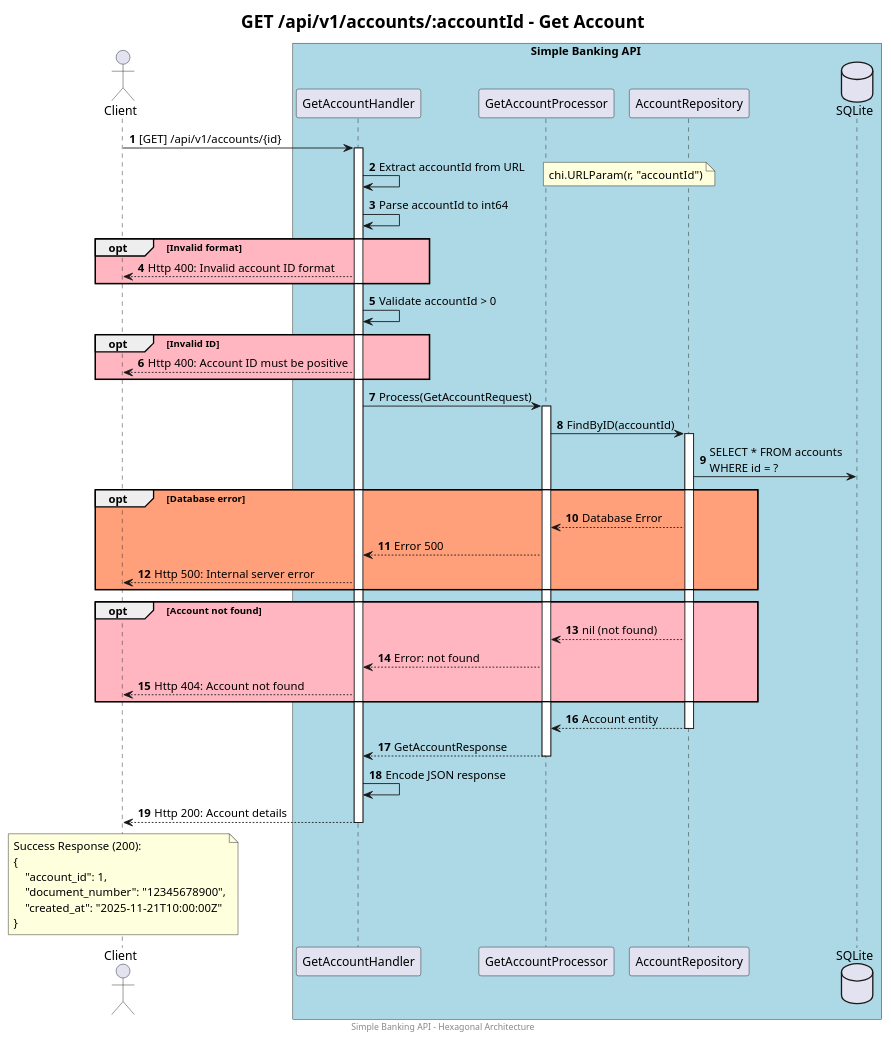
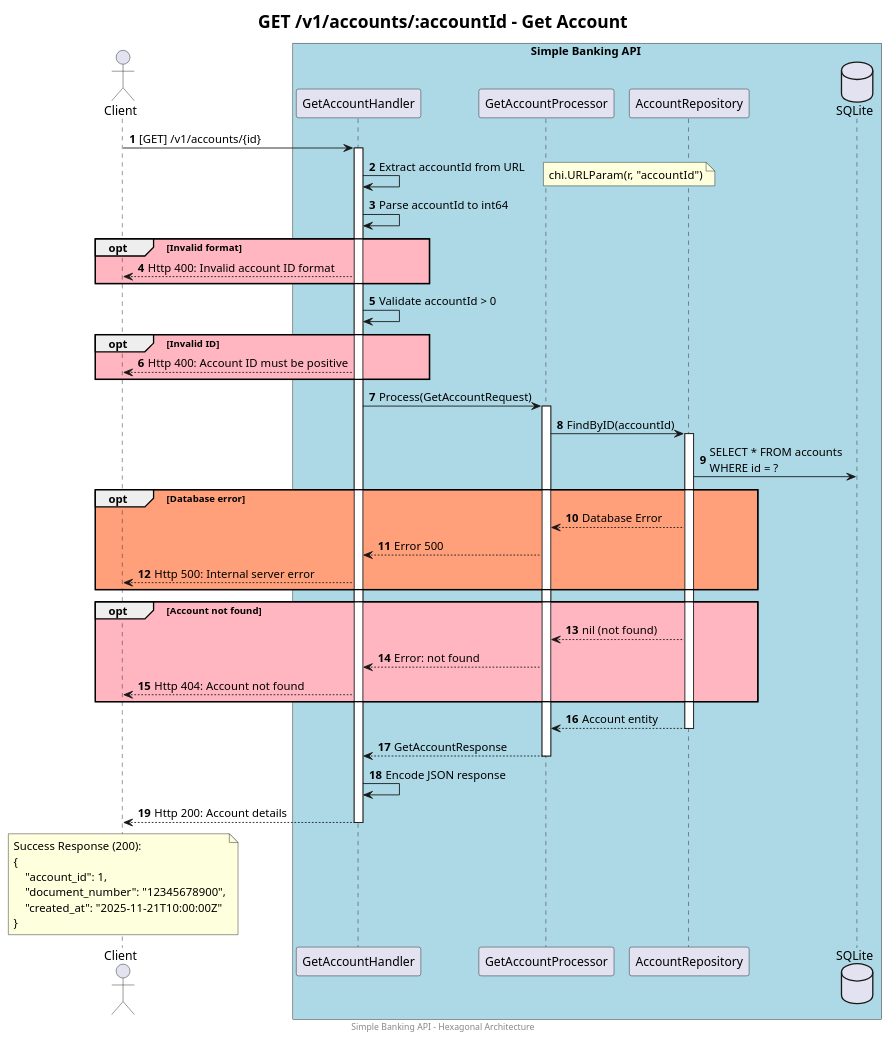
Before and after one commit to larissamartinsss/simple-banking-api: the diagram in docs/sequence-diagrams/endpoint-get-account.puml, drawn with PlantUML. The commit also changed 12 other files, not shown here.

```diff
--- a/docs/sequence-diagrams/endpoint-get-account.puml
+++ b/docs/sequence-diagrams/endpoint-get-account.puml
@@ -1,73 +1,73 @@
 @startuml get-account-sequence
 footer Simple Banking API - Hexagonal Architecture
-title <size:20>GET /api/v1/accounts/:accountId - Get Account</size>
+title <size:20>GET /v1/accounts/:accountId - Get Account</size>
 
 autonumber
 
 actor Client
 
 box Simple Banking API #lightblue
     participant "GetAccountHandler" as Handler
     participant "GetAccountProcessor" as Processor
     participant "AccountRepository" as Repo
     database SQLite
 end box
 
-Client -> Handler: [GET] /api/v1/accounts/{id}
+Client -> Handler: [GET] /v1/accounts/{id}
 
 activate Handler
 
     Handler -> Handler: Extract accountId from URL
     note right: chi.URLParam(r, "accountId")
     
     Handler -> Handler: Parse accountId to int64
     opt #LightPink Invalid format
         Client <-- Handler: Http 400: Invalid account ID format
     end
 
     Handler -> Handler: Validate accountId > 0
     opt #LightPink Invalid ID
         Client <-- Handler: Http 400: Account ID must be positive
     end
 
     Handler -> Processor: Process(GetAccountRequest)
     activate Processor
 
         Processor -> Repo: FindByID(accountId)
         activate Repo
             Repo -> SQLite: SELECT * FROM accounts\nWHERE id = ?
             
             opt #LightSalmon Database error
                 Processor <-- Repo: Database Error
                 Handler <-- Processor: Error 500
                 Client <-- Handler: Http 500: Internal server error
             end
             
             opt #LightPink Account not found
                 Processor <-- Repo: nil (not found)
                 Handler <-- Processor: Error: not found
                 Client <-- Handler: Http 404: Account not found
             end
             
             Processor <-- Repo: Account entity
         deactivate Repo
 
         Handler <-- Processor: GetAccountResponse
     deactivate Processor
 
     Handler -> Handler: Encode JSON response
 
     Client <-- Handler: Http 200: Account details
 
 deactivate Handler
 
 note over Client
     Success Response (200):
     {
         "account_id": 1,
         "document_number": "12345678900",
         "created_at": "2025-11-21T10:00:00Z"
     }
 end note
 
 @enduml
```
